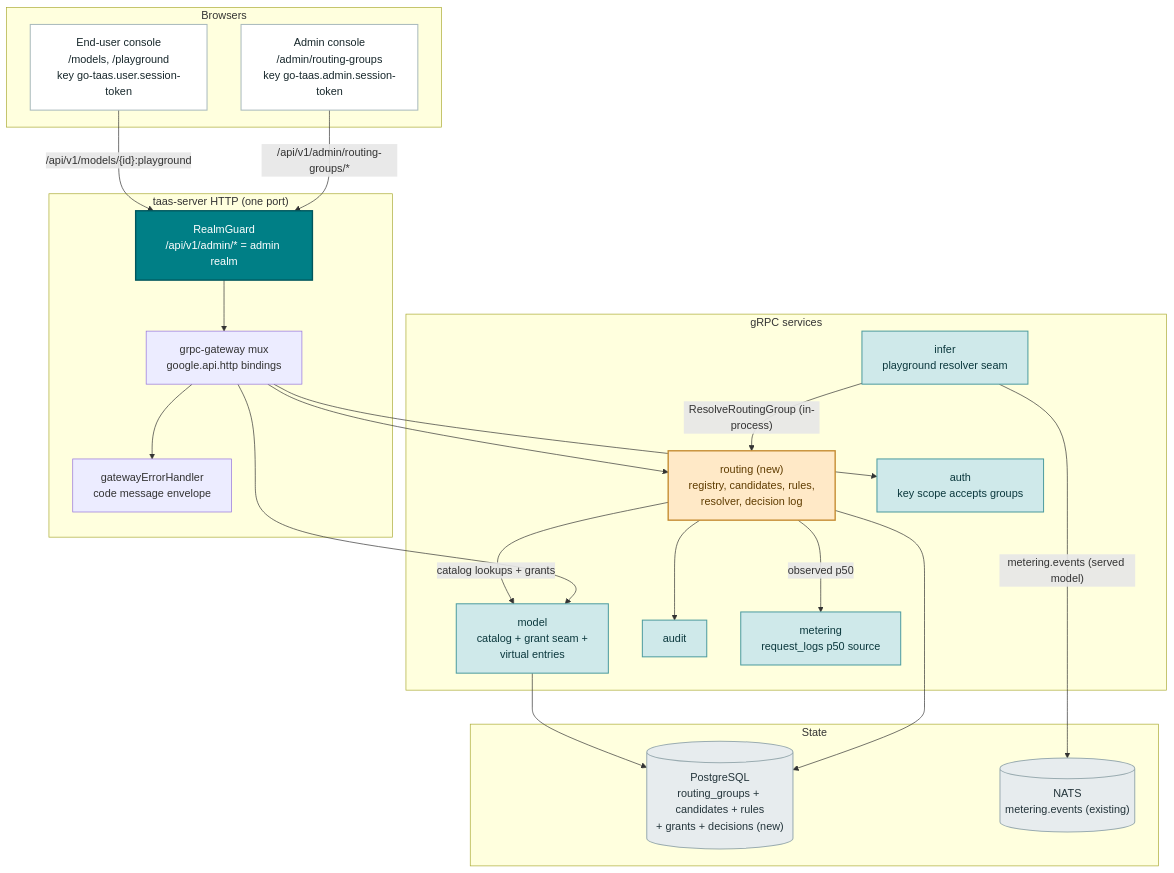
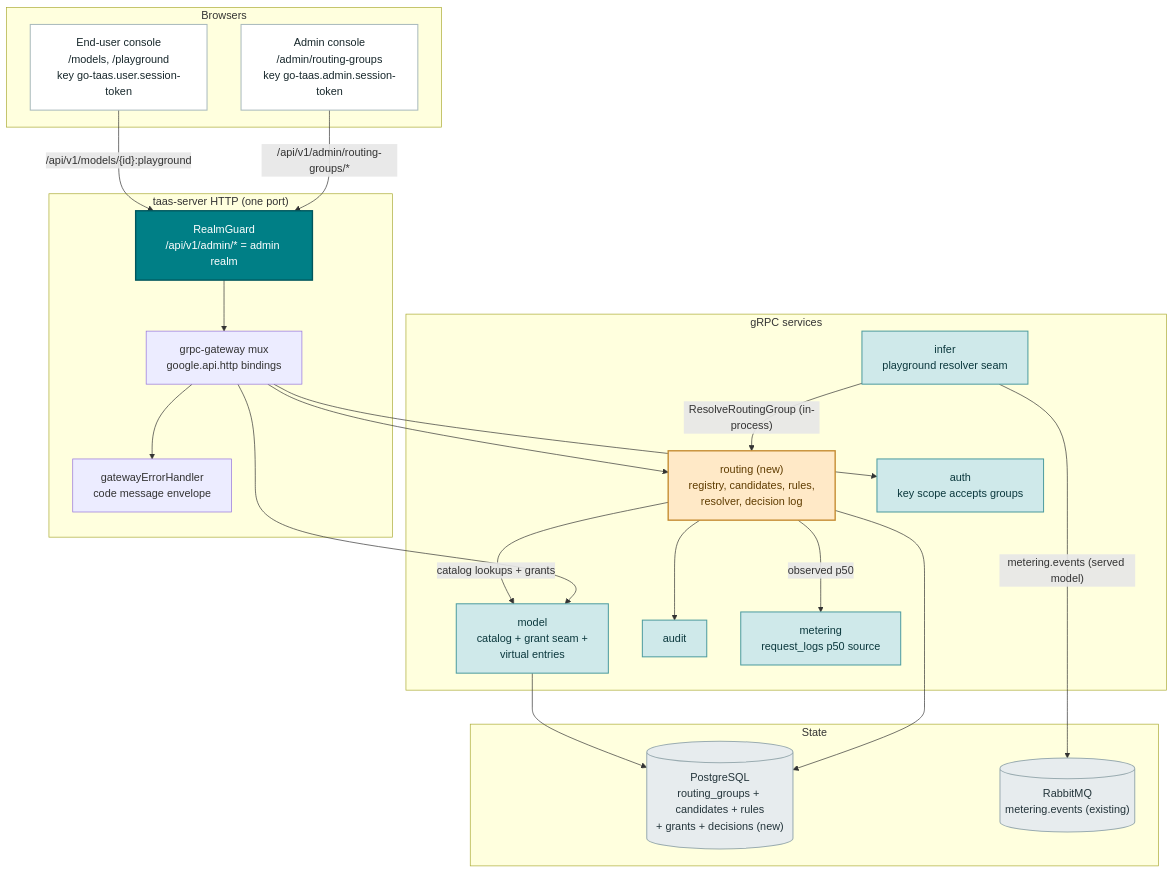
Before and after one commit to go-taas/go-taas: the first of 5 diagrams in site/docs/architecture/intelligent-model-routing.md, drawn with Mermaid. The commit also changed 35 other files, not shown here.

First line of the commit message:
docs: replace NATS with RabbitMQ across docs

````diff
--- a/site/docs/architecture/intelligent-model-routing.md
+++ b/site/docs/architecture/intelligent-model-routing.md
@@ -86,52 +86,52 @@
 ```mermaid
 flowchart TD
     subgraph browsers["Browsers"]
         AC["Admin console<br/>/admin/routing-groups<br/>key go-taas.admin.session-token"]
         UC["End-user console<br/>/models, /playground<br/>key go-taas.user.session-token"]
     end
 
     subgraph gateway["taas-server HTTP (one port)"]
         GUARD["RealmGuard<br/>/api/v1/admin/* = admin realm"]
         MUX["grpc-gateway mux<br/>google.api.http bindings"]
         ERR["gatewayErrorHandler<br/>code message envelope"]
     end
 
     subgraph services["gRPC services"]
         RT["routing (new)<br/>registry, candidates, rules,<br/>resolver, decision log"]
         MOD["model<br/>catalog + grant seam +<br/>virtual entries"]
         AUTH["auth<br/>key scope accepts groups"]
         INF["infer<br/>playground resolver seam"]
         AUD["audit"]
         MET["metering<br/>request_logs p50 source"]
     end
 
     subgraph stores["State"]
         PG[("PostgreSQL<br/>routing_groups + candidates + rules<br/>+ grants + decisions (new)")]
-        MQ[("NATS<br/>metering.events (existing)")]
+        MQ[("RabbitMQ<br/>metering.events (existing)")]
     end
 
     AC -->|"/api/v1/admin/routing-groups/*"| GUARD
     UC -->|"/api/v1/models/{id}:playground"| GUARD
     GUARD --> MUX
     MUX --> ERR
     MUX --> RT
     MUX --> MOD
     MUX --> AUTH
     RT --> PG
     RT --> AUD
     RT -->|"catalog lookups + grants"| MOD
     RT -->|"observed p50"| MET
     INF -->|"ResolveRoutingGroup (in-process)"| RT
     INF -->|"metering.events (served model)"| MQ
     MOD --> PG
     classDef edge fill:#007F86,stroke:#00565C,stroke-width:2px,color:#FFFFFF
     classDef svc fill:#CFE9EA,stroke:#4E9CA0,stroke-width:1.5px,color:#0B383D
     classDef newsvc fill:#FFE9C7,stroke:#C48A2F,stroke-width:2px,color:#5F3C00
     classDef store fill:#E7ECEE,stroke:#9AACB1,stroke-width:1.5px,color:#23343A
     classDef consumer fill:#FFFFFF,stroke:#A9BABD,stroke-width:1.5px,color:#17272B
     class AC,UC consumer
     class GUARD edge
     class RT newsvc
     class MOD,AUTH,INF,AUD,MET svc
     class PG,MQ store
 ```
````
